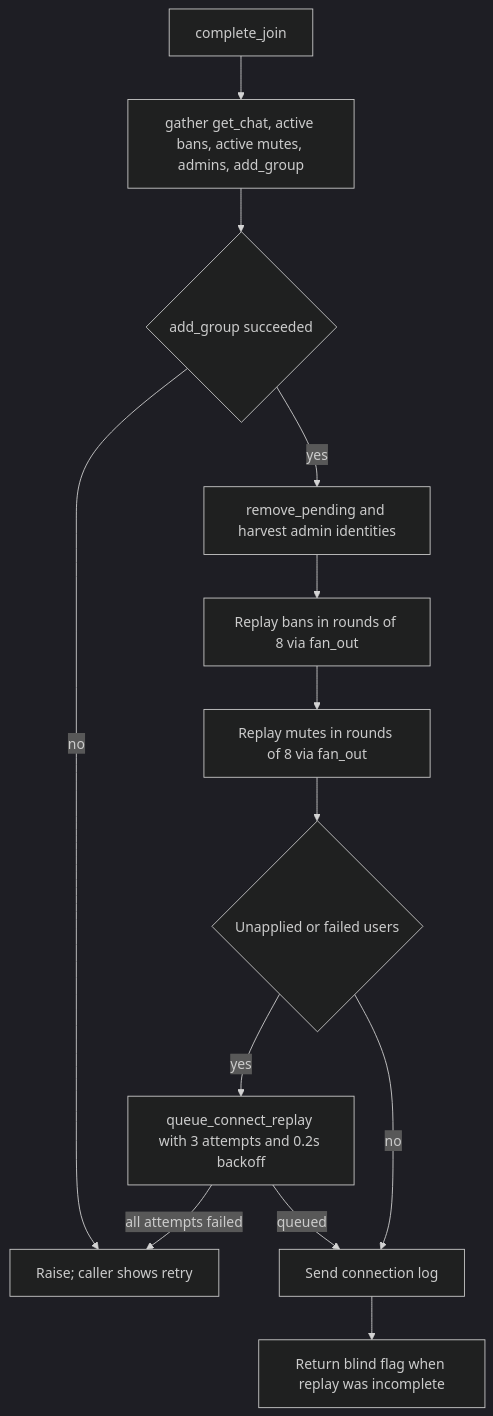
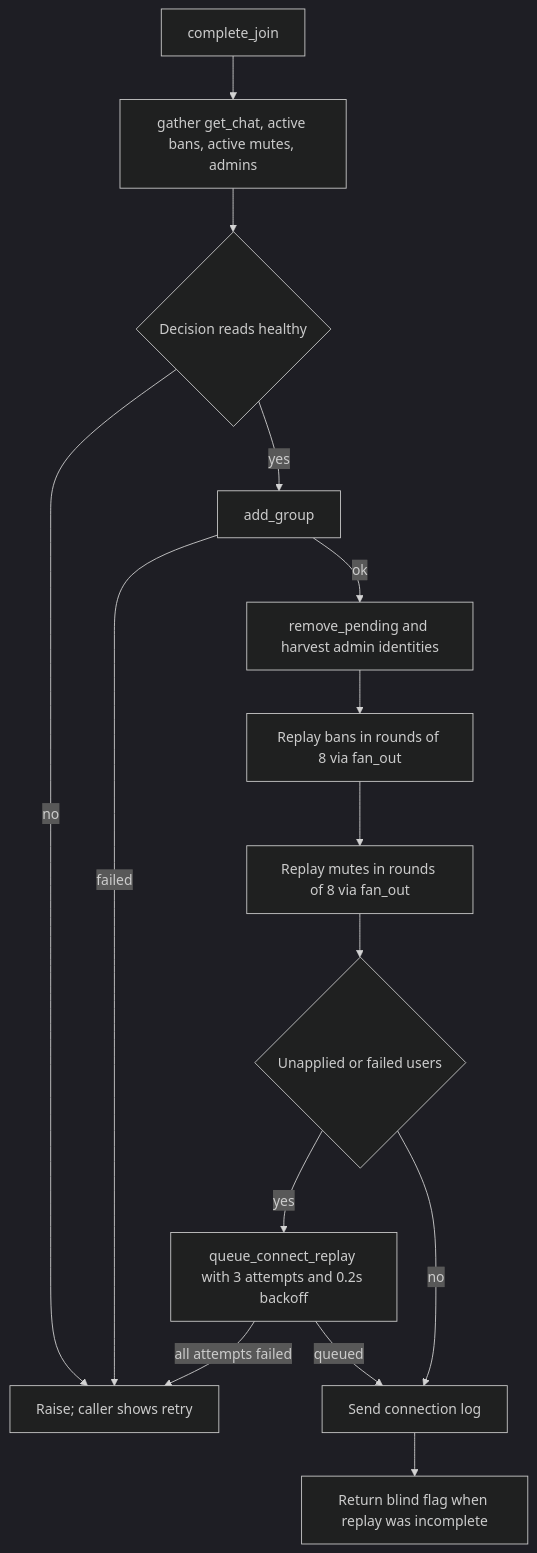
The third of 5 diagrams in docs/flows/connection.md (D1ZZY4/tcbot), drawn with Mermaid (dark theme) before and after one commit. The commit also changed other lines of this file and 3 other files, not shown here.

````diff
--- a/docs/flows/connection.md
+++ b/docs/flows/connection.md
@@ -117,15 +119,17 @@
 ```mermaid
 flowchart TD
-    J[complete_join] --> G["gather get_chat, active bans, active mutes, admins, add_group"]
-    G --> A{add_group succeeded}
-    A -->|no| ERR[Raise; caller shows retry]
-    A -->|yes| C[remove_pending and harvest admin identities]
+    J[complete_join] --> G["gather get_chat, active bans, active mutes, admins"]
+    G --> D{Decision reads healthy}
+    D -->|no| ERR[Raise; caller shows retry]
+    D -->|yes| A[add_group]
+    A -->|failed| ERR
+    A -->|ok| C[remove_pending and harvest admin identities]
     C --> B[Replay bans in rounds of 8 via fan_out]
     B --> M[Replay mutes in rounds of 8 via fan_out]
     M --> Q{"Unapplied or failed users"}
     Q -->|yes| ENQ[queue_connect_replay with 3 attempts and 0.2s backoff]
     Q -->|no| LOG
     ENQ -->|all attempts failed| ERR
     ENQ -->|queued| LOG[Send connection log]
     LOG --> RET[Return blind flag when replay was incomplete]
 ```
````
